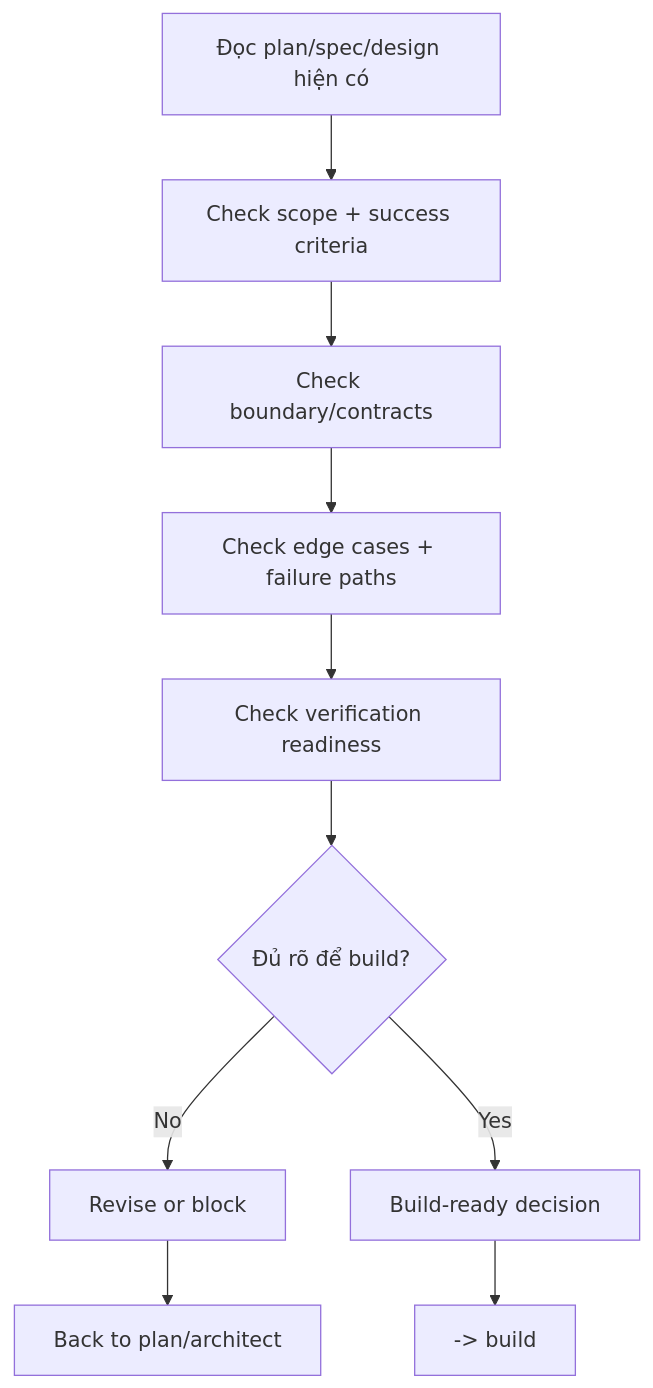
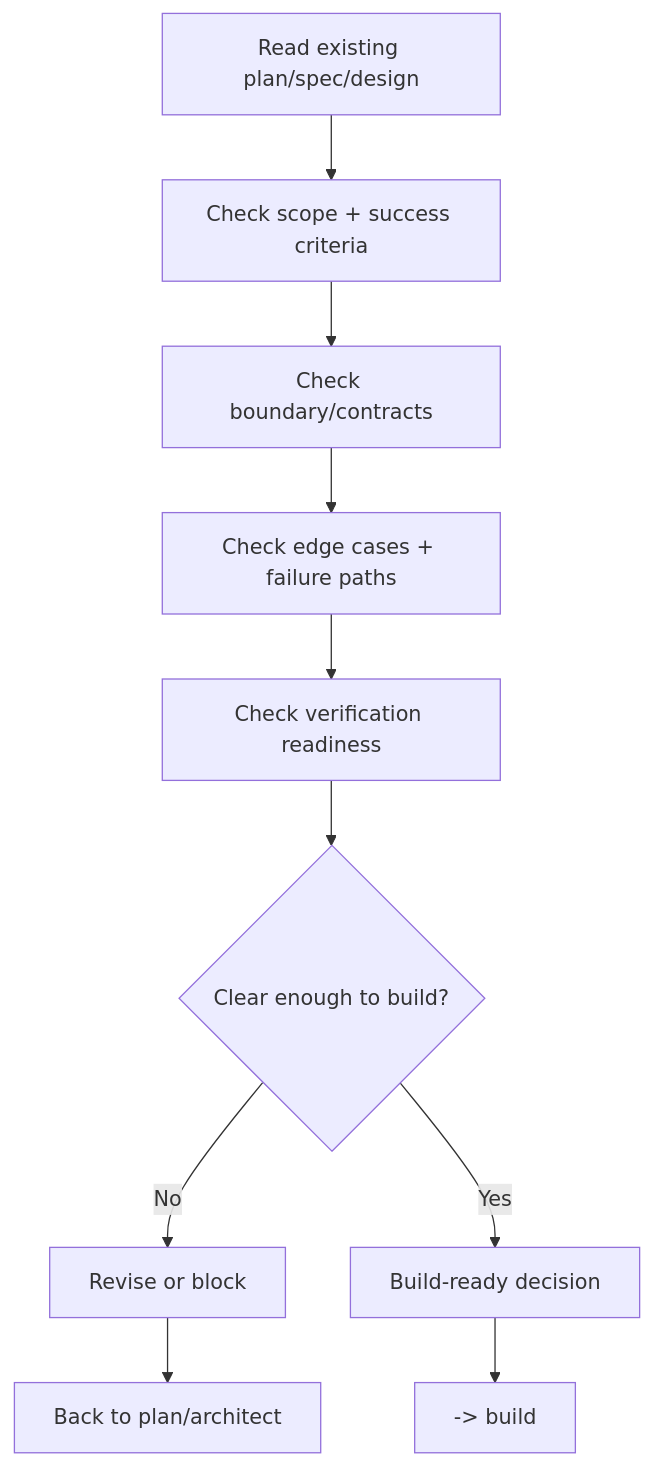
Before and after one commit to nguyenphat57/forge: the diagram in packages/forge-core/workflows/design/spec-review.md, drawn with Mermaid. The commit also changed other lines of this file and 82 other files, not shown here.

````diff
--- a/packages/forge-core/workflows/design/spec-review.md
+++ b/packages/forge-core/workflows/design/spec-review.md
@@ -41,12 +41,12 @@
 ```mermaid
 flowchart TD
-    A[Đọc plan/spec/design hiện có] --> B[Check scope + success criteria]
+    A[Read existing plan/spec/design] --> B[Check scope + success criteria]
     B --> C[Check boundary/contracts]
     C --> D[Check edge cases + failure paths]
     D --> E[Check verification readiness]
-    E --> F{Đủ rõ để build?}
+    E --> F{Clear enough to build?}
     F -->|No| G[Revise or block]
     F -->|Yes| H[Build-ready decision]
     G --> I[Back to plan/architect]
     H --> J[-> build]
 ```
````
